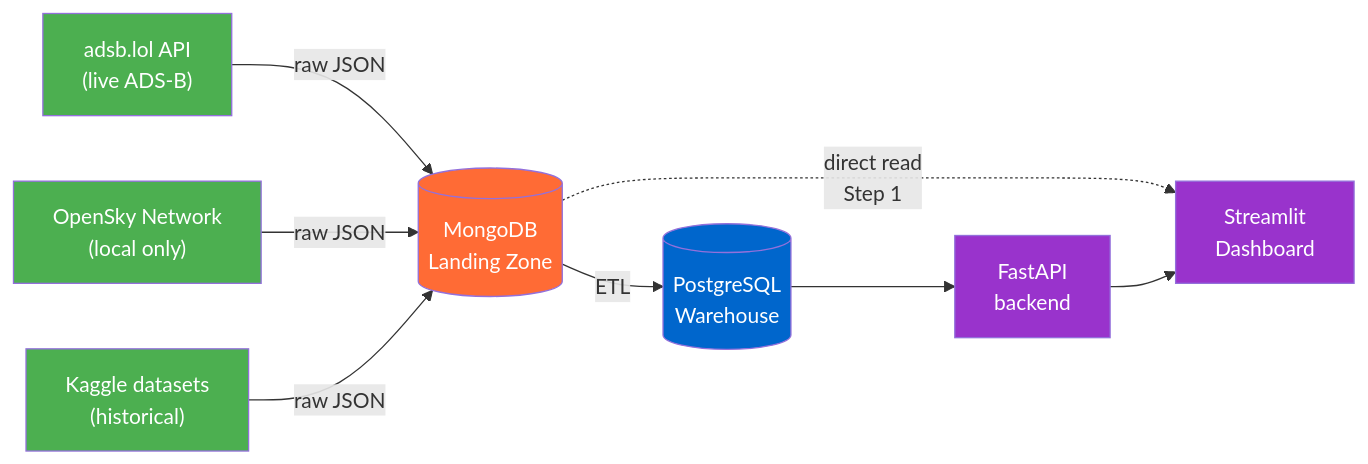
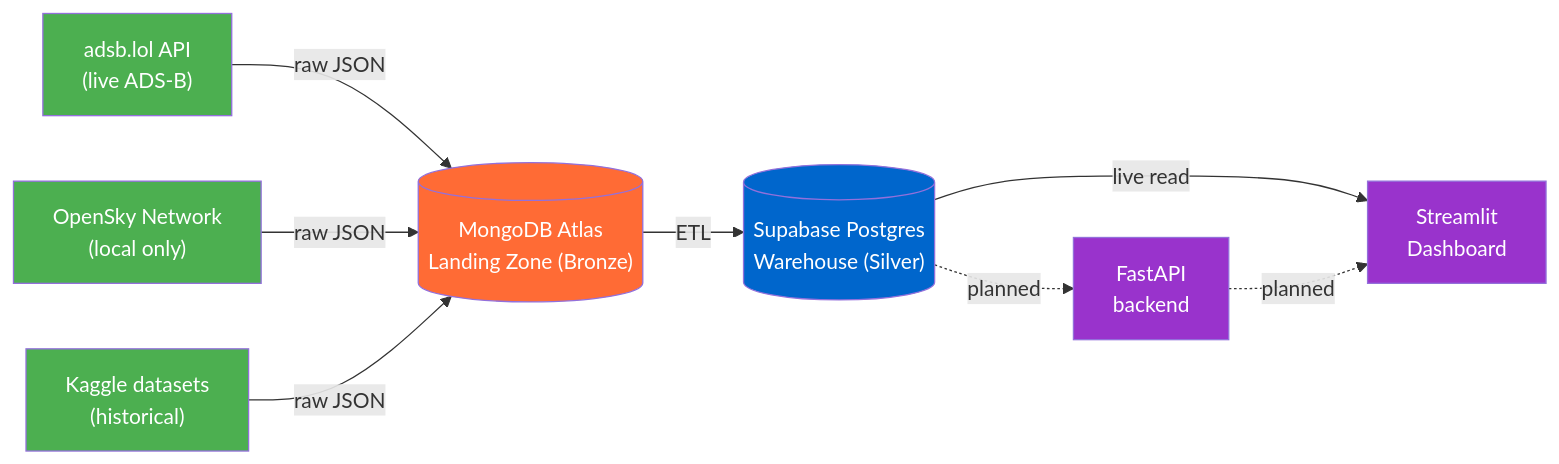
The diagram in README.md (MatthiasSails/airline-data-platform), drawn with Mermaid before and after one commit. The commit also changed other lines of this file, not shown here.

Commit message:
Docs: refresh README status and data-flow to current Silver/deploy reality
Step 1 done, Step 2 in progress; dashboard reads Supabase (Silver) and is
deployed via Portainer behind a Cloudflare Tunnel. Diagram drops the stale
MongoDB direct-read path; FastAPI shown as planned.

````diff
--- a/README.md
+++ b/README.md
@@ -21,24 +21,24 @@
 ```mermaid
 graph LR
     ADSB["adsb.lol API<br/>(live ADS-B)"]
     OS["OpenSky Network<br/>(local only)"]
     KAG["Kaggle datasets<br/>(historical)"]
 
-    ADSB -->|raw JSON| MDB[("MongoDB<br/>Landing Zone")]
+    ADSB -->|raw JSON| MDB[("MongoDB Atlas<br/>Landing Zone (Bronze)")]
     OS -->|raw JSON| MDB
     KAG -->|raw JSON| MDB
 
-    MDB -->|ETL| PG[("PostgreSQL<br/>Warehouse")]
+    MDB -->|ETL| PG[("Supabase Postgres<br/>Warehouse (Silver)")]
 
-    PG --> API["FastAPI<br/>backend"]
-    MDB -.->|"direct read<br/>Step 1"| DASH["Streamlit<br/>Dashboard"]
-    API --> DASH
+    PG -->|live read| DASH["Streamlit<br/>Dashboard"]
+    PG -.->|planned| API["FastAPI<br/>backend"]
+    API -.->|planned| DASH
 
     style ADSB fill:#4CAF50,color:#fff
     style OS fill:#4CAF50,color:#fff
     style KAG fill:#4CAF50,color:#fff
     style MDB fill:#FF6B35,color:#fff
     style PG fill:#0066CC,color:#fff
     style API fill:#9933CC,color:#fff
     style DASH fill:#9933CC,color:#fff
 ```
````
